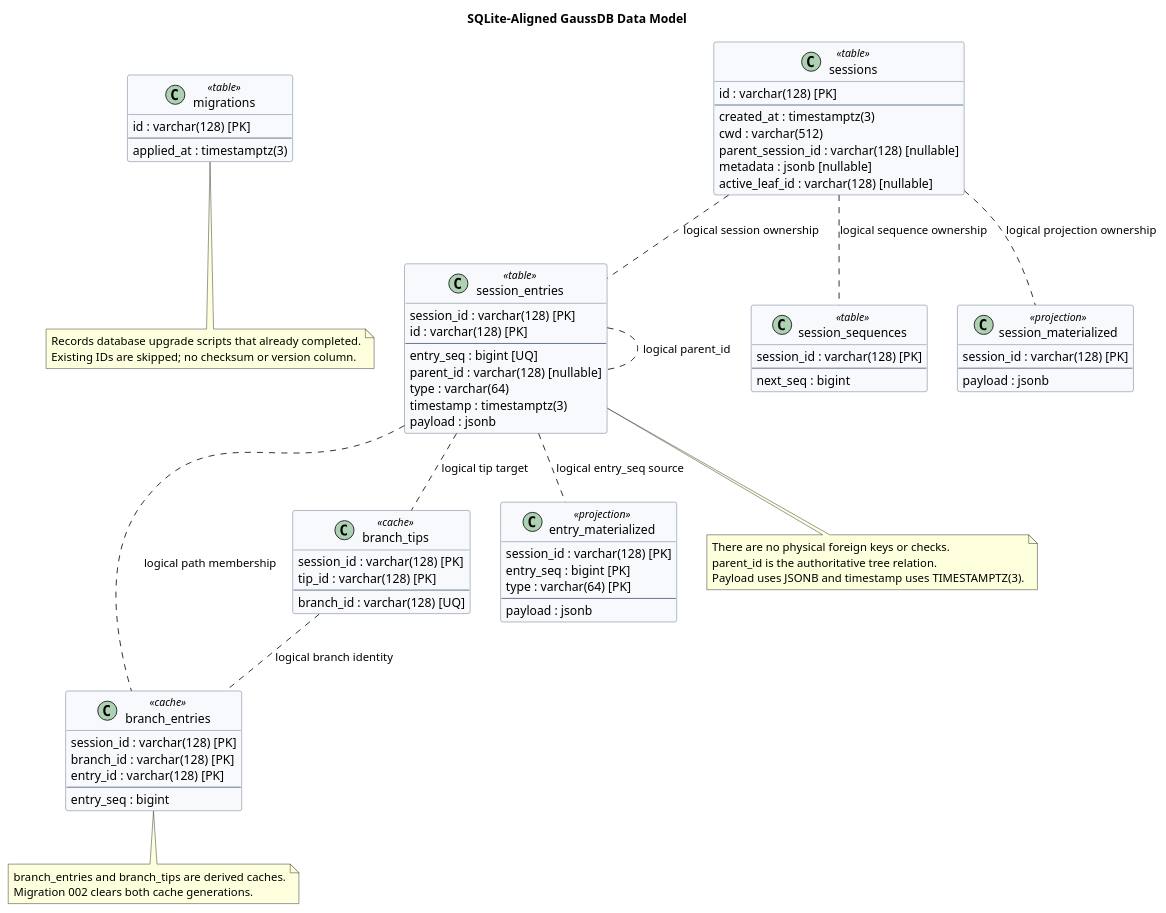
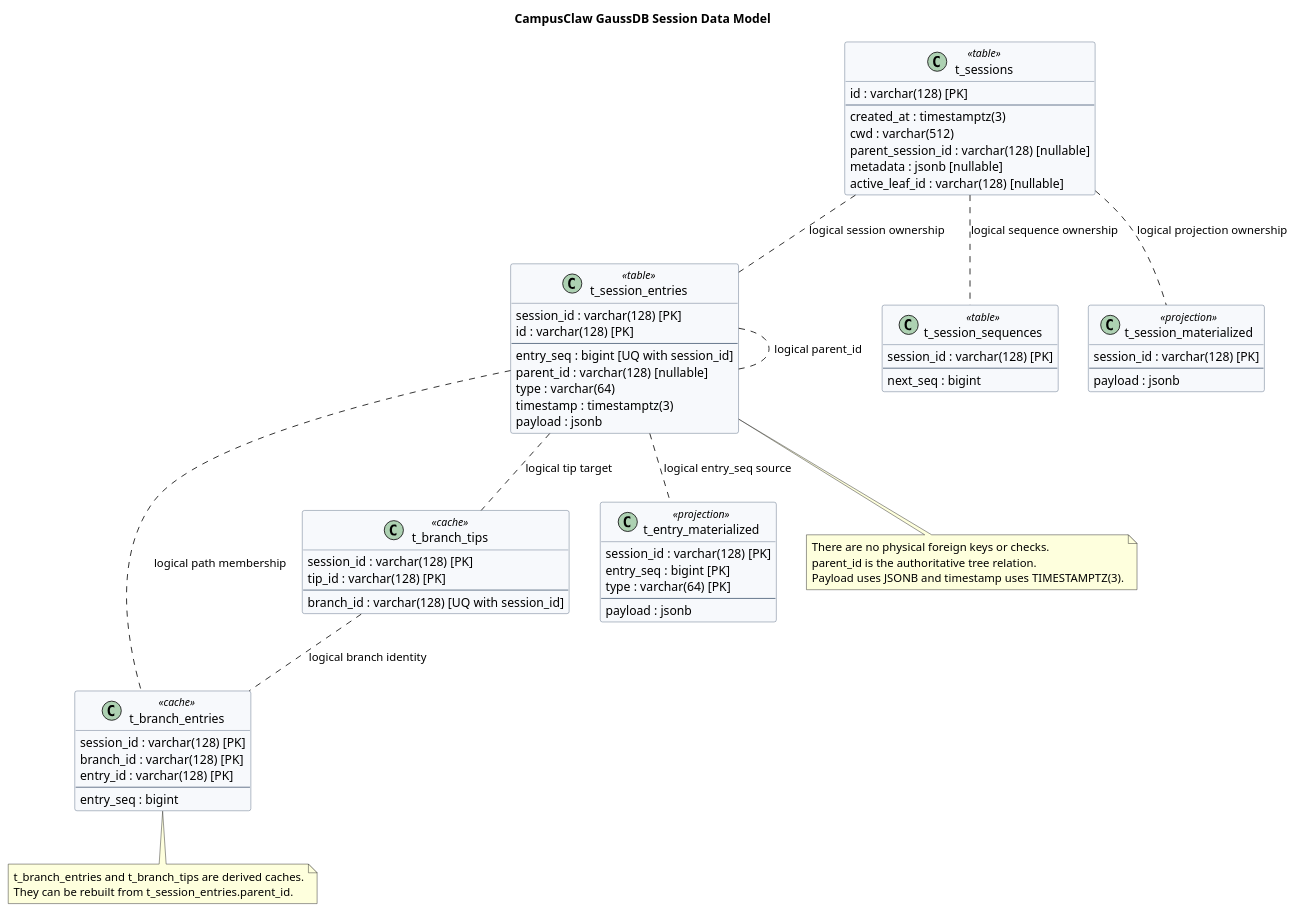
One commit to superheromeZzh/pi-mono-java-design changed the third of 4 diagrams in diagrams/memory/diagram.puml. Above: the diagram before and after it, drawn with PlantUML. The commit also changed other lines of this file and 5 other files, not shown here.

Commit message:
docs: externalize CampusClaw schema upgrades

```diff
--- a/diagrams/memory/diagram.puml
+++ b/diagrams/memory/diagram.puml
@@ -115,112 +128,102 @@
 @startuml memory-data-model
-title SQLite-Aligned GaussDB Data Model
+title CampusClaw GaussDB Session Data Model
 top to bottom direction
 
 skinparam backgroundColor #FFFFFF
 skinparam shadowing false
 skinparam classAttributeIconSize 0
 skinparam classBorderColor #53657D
 skinparam classBackgroundColor #F7F9FC
 
 ' Source evidence:
 ' - badlogic/pi-mono@f0deb8dd8e9611e89b5bc4145ca92c03ae6ed4ee
 ' - packages/storage/sqlite-node/src/sqlite/migrations.ts: ensureMigrationsTable
 ' - packages/storage/sqlite-node/src/sqlite/migrations/001_initial.sql: lines 1-59
 ' - packages/storage/sqlite-node/src/sqlite/migrations/002_branch_tips.sql: lines 1-12
 ' - packages/agent/src/harness/session/repository.ts: createTimestamp
 ' - packages/storage/sqlite-node/src/sqlite/storage/session-entries.ts: encodeEntry
 ' - packages/storage/sqlite-node/src/sqlite/storage/session-materialized.ts: serializeSummary
-' Observed behavior: the final SQLite core schema has exactly eight logical tables.
-' Target adaptation: preserve names, columns, nullability, keys, and indexes.
-' Target-only product constraint: IDs use VARCHAR(128), types use VARCHAR(64), and cwd uses VARCHAR(512).
-' Type adaptation: sequences use BIGINT, timestamps use TIMESTAMPTZ(3), and JSON documents use JSONB.
-' Design reason: omit SQLite WITHOUT ROWID and add no other database structure.
+' Observed behavior: pi has seven Session tables and one SQLite migration ledger.
+' Target-only architecture change: CampusClaw maps only the seven Session tables.
+' Product constraint: target table names use the t_ prefix.
+' Target adaptation: preserve columns, nullability, key semantics, and index columns.
+' Type adaptation: use bounded VARCHAR, BIGINT, TIMESTAMPTZ(3), and JSONB.
+' Design reason: the centralized database release path owns schema upgrade metadata.
 
-class "migrations" as migrations <<table>> {
-  id : varchar(128) [PK]
-  --
-  applied_at : timestamptz(3)
-}
-
-class "sessions" as sessions <<table>> {
+class "t_sessions" as sessions <<table>> {
   id : varchar(128) [PK]
   --
   created_at : timestamptz(3)
   cwd : varchar(512)
   parent_session_id : varchar(128) [nullable]
   metadata : jsonb [nullable]
   active_leaf_id : varchar(128) [nullable]
 }
 
-class "session_entries" as session_entries <<table>> {
+class "t_session_entries" as session_entries <<table>> {
   session_id : varchar(128) [PK]
   id : varchar(128) [PK]
   --
-  entry_seq : bigint [UQ]
+  entry_seq : bigint [UQ with session_id]
   parent_id : varchar(128) [nullable]
   type : varchar(64)
   timestamp : timestamptz(3)
   payload : jsonb
 }
 
-class "session_sequences" as session_sequences <<table>> {
+class "t_session_sequences" as session_sequences <<table>> {
   session_id : varchar(128) [PK]
   --
   next_seq : bigint
 }
 
-class "branch_entries" as branch_entries <<cache>> {
+class "t_branch_entries" as branch_entries <<cache>> {
   session_id : varchar(128) [PK]
   branch_id : varchar(128) [PK]
   entry_id : varchar(128) [PK]
   --
   entry_seq : bigint
 }
 
-class "branch_tips" as branch_tips <<cache>> {
+class "t_branch_tips" as branch_tips <<cache>> {
   session_id : varchar(128) [PK]
   tip_id : varchar(128) [PK]
   --
-  branch_id : varchar(128) [UQ]
+  branch_id : varchar(128) [UQ with session_id]
 }
 
-class "session_materialized" as session_materialized <<projection>> {
+class "t_session_materialized" as session_materialized <<projection>> {
   session_id : varchar(128) [PK]
   --
   payload : jsonb
 }
 
-class "entry_materialized" as entry_materialized <<projection>> {
+class "t_entry_materialized" as entry_materialized <<projection>> {
   session_id : varchar(128) [PK]
   entry_seq : bigint [PK]
   type : varchar(64) [PK]
   --
   payload : jsonb
 }
 
 sessions .. session_entries : logical session ownership
 sessions .. session_sequences : logical sequence ownership
 sessions .. session_materialized : logical projection ownership
 session_entries .. session_entries : logical parent_id
 session_entries .. entry_materialized : logical entry_seq source
 session_entries .. branch_entries : logical path membership
 session_entries .. branch_tips : logical tip target
 branch_tips .. branch_entries : logical branch identity
 
 note bottom of session_entries
 There are no physical foreign keys or checks.
 parent_id is the authoritative tree relation.
 Payload uses JSONB and timestamp uses TIMESTAMPTZ(3).
 end note
 
 note bottom of branch_entries
-branch_entries and branch_tips are derived caches.
-Migration 002 clears both cache generations.
-end note
-
-note bottom of migrations
-Records database upgrade scripts that already completed.
-Existing IDs are skipped; no checksum or version column.
+t_branch_entries and t_branch_tips are derived caches.
+They can be rebuilt from t_session_entries.parent_id.
 end note
 
 @enduml
```
